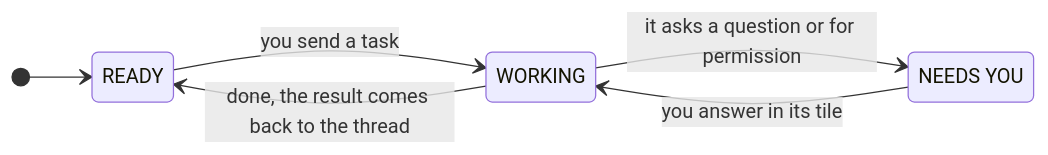
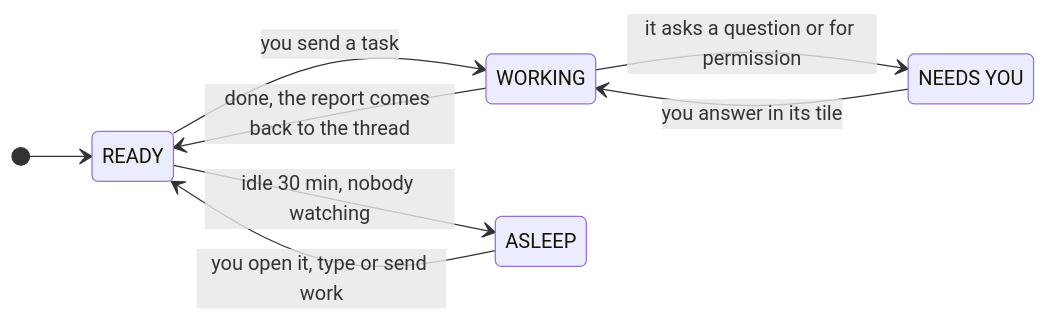
The second of 2 diagrams in README.md (azamrizki/nextboard), drawn with Mermaid before and after one commit. The commit also changed other lines of this file, not shown here.

````diff
--- a/README.md
+++ b/README.md
@@ -251,12 +265,15 @@
 ```mermaid
 stateDiagram-v2
     direction LR
     state "READY" as ready
     state "WORKING" as working
     state "NEEDS YOU" as needs
+    state "ASLEEP" as asleep
     [*] --> ready
     ready --> working: you send a task
     working --> needs: it asks a question or for permission
     needs --> working: you answer in its tile
-    working --> ready: done, the result comes back to the thread
+    working --> ready: done, the report comes back to the thread
+    ready --> asleep: idle 30 min, nobody watching
+    asleep --> ready: you open it, type or send work
 ```
````
